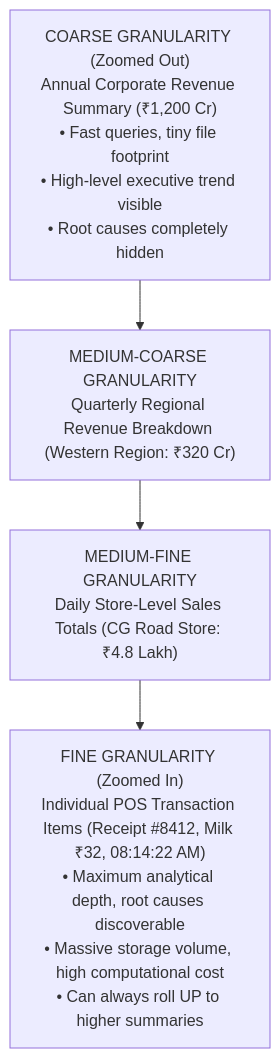
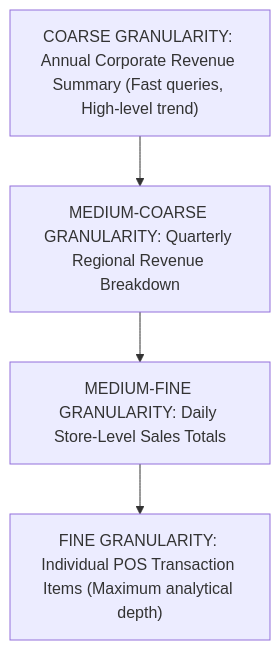
Diagram 11 of 27 in notes/data_analysis/Unit_2_notes.md (DeepLumiere/DeepSkills), drawn with Mermaid before and after one commit. The commit also changed other lines of this file and 56 other files, not shown here.

````diff
--- a/notes/data_analysis/Unit_2_notes.md
+++ b/notes/data_analysis/Unit_2_notes.md
@@ -676,9 +676,9 @@
 ```mermaid
 flowchart TD
-    COARSE["COARSE GRANULARITY (Zoomed Out)<br/>Annual Corporate Revenue Summary (₹1,200 Cr)<br/>• Fast queries, tiny file footprint<br/>• High-level executive trend visible<br/>• Root causes completely hidden"]
-    MED1["MEDIUM-COARSE GRANULARITY<br/>Quarterly Regional Revenue Breakdown (Western Region: ₹320 Cr)"]
-    MED2["MEDIUM-FINE GRANULARITY<br/>Daily Store-Level Sales Totals (CG Road Store: ₹4.8 Lakh)"]
-    FINE["FINE GRANULARITY (Zoomed In)<br/>Individual POS Transaction Items (Receipt #8412, Milk ₹32, 08:14:22 AM)<br/>• Maximum analytical depth, root causes discoverable<br/>• Massive storage volume, high computational cost<br/>• Can always roll UP to higher summaries"]
+    COARSE["COARSE GRANULARITY: Annual Corporate Revenue Summary (Fast queries, High-level trend)"]
+    MED1["MEDIUM-COARSE GRANULARITY: Quarterly Regional Revenue Breakdown"]
+    MED2["MEDIUM-FINE GRANULARITY: Daily Store-Level Sales Totals"]
+    FINE["FINE GRANULARITY: Individual POS Transaction Items (Maximum analytical depth)"]
 
     COARSE --> MED1 --> MED2 --> FINE
 ```
````
